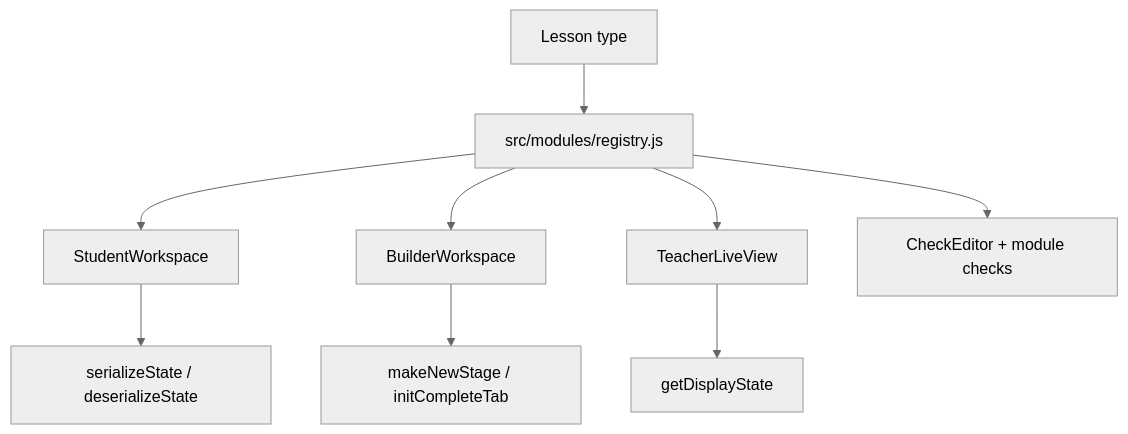
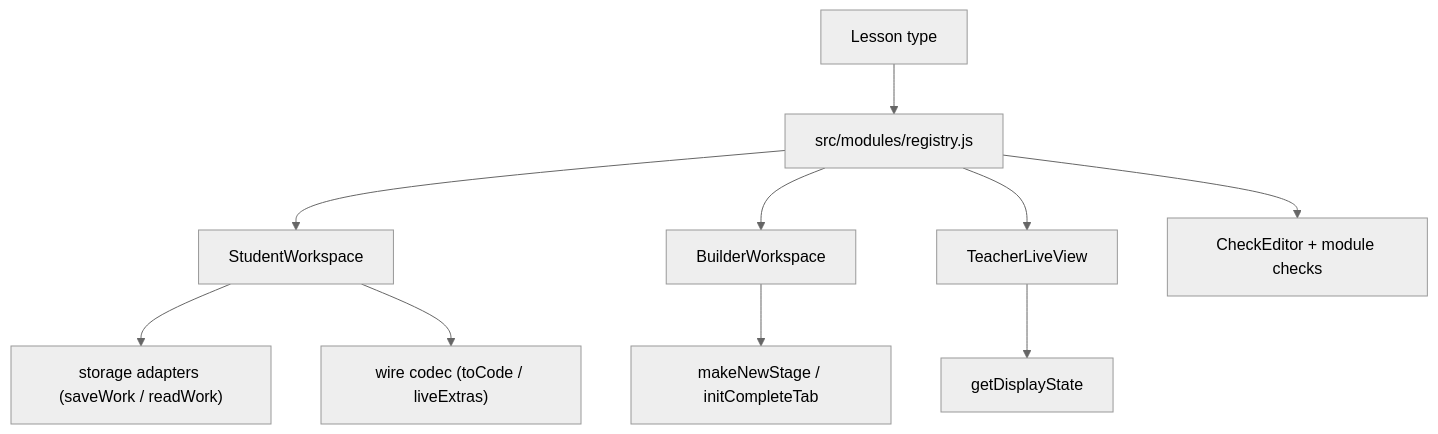
The diagram in docs/architecture/lesson-type-modules.md (Headstart-Coding-Launchpad/editor), drawn with Mermaid (neutral theme) before and after one commit. The commit also changed other lines of this file and 25 other files, not shown here.

First line of the commit message:
refactor: add module lifecycle hooks, storage adapters and wire codec

````diff
--- a/docs/architecture/lesson-type-modules.md
+++ b/docs/architecture/lesson-type-modules.md
@@ -82,11 +111,12 @@
 ```mermaid
 flowchart TD
   Lesson["Lesson type"] --> Registry["src/modules/registry.js"]
   Registry --> Student["StudentWorkspace"]
   Registry --> Builder["BuilderWorkspace"]
   Registry --> Teacher["TeacherLiveView"]
   Registry --> Checks["CheckEditor + module checks"]
-  Student --> Persist["serializeState / deserializeState"]
+  Student --> Persist["storage adapters (saveWork / readWork)"]
+  Student --> Wire["wire codec (toCode / liveExtras)"]
   Teacher --> Display["getDisplayState"]
   Builder --> Stages["makeNewStage / initCompleteTab"]
 ```
````
